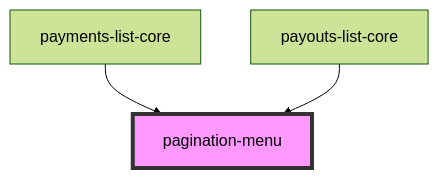
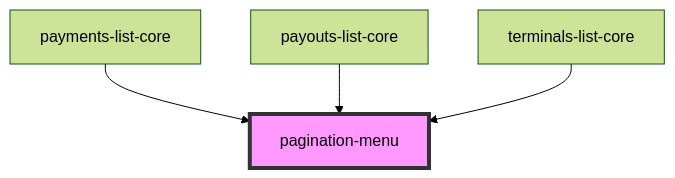
Before and after one commit to justifi-tech/web-component-library: the diagram in packages/webcomponents/src/components/pagination-menu/readme.md, drawn with Mermaid (forest theme). The commit also changed other lines of this file and 8 other files, not shown here.

````diff
--- a/packages/webcomponents/src/components/pagination-menu/readme.md
+++ b/packages/webcomponents/src/components/pagination-menu/readme.md
@@ -32,6 +33,7 @@
 ```mermaid
 graph TD;
   payments-list-core --> pagination-menu
   payouts-list-core --> pagination-menu
+  terminals-list-core --> pagination-menu
   style pagination-menu fill:#f9f,stroke:#333,stroke-width:4px
 ```
````
